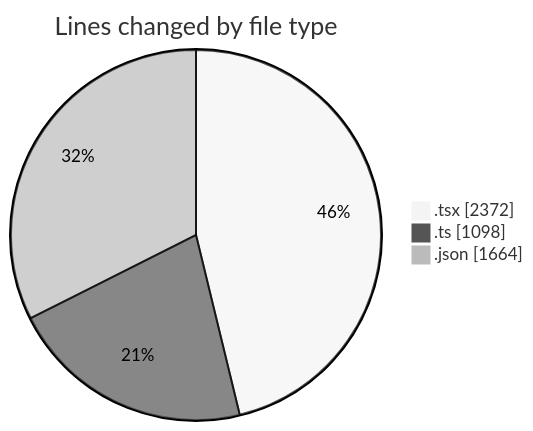
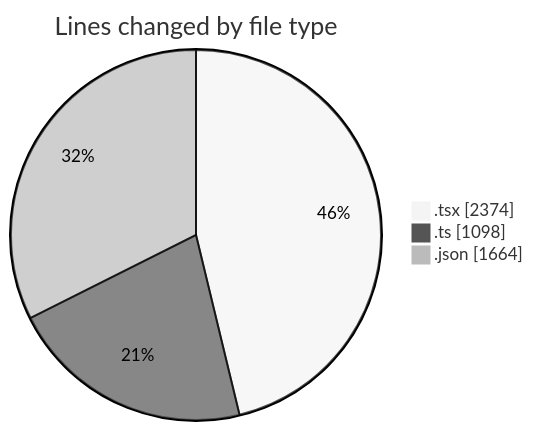
Before and after one commit to julien-gomy/code-tracking: the first of 2 diagrams in 2025-10-09/eventscop-frontend-guide__workspace_/README.md, drawn with Mermaid (neutral theme). The commit also changed other lines of this file and 1 other file, not shown here.

````diff
--- a/2025-10-09/eventscop-frontend-guide__workspace_/README.md
+++ b/2025-10-09/eventscop-frontend-guide__workspace_/README.md
@@ -43,7 +43,7 @@
 ```mermaid
 pie showData
 title Lines changed by file type
-".tsx" : 2372
+".tsx" : 2374
 ".ts" : 1098
 ".json" : 1664
 ```
````
